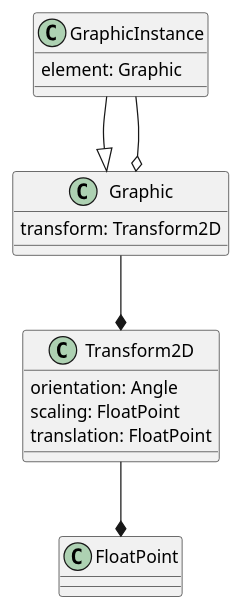
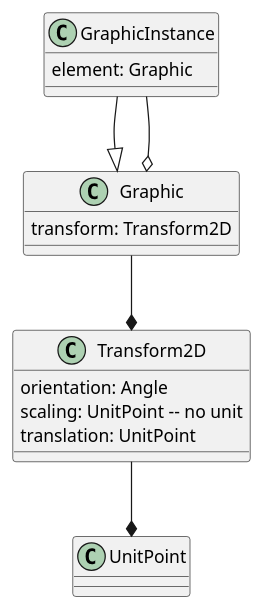
The diagram in core/sections/clause_12_graphical_hierarchy.adoc (opengeospatial/styles-and-symbology), drawn with PlantUML before and after one commit. The commit also changed other lines of this file and 5 other files, not shown here.

```diff
--- a/core/sections/clause_12_graphical_hierarchy.adoc
+++ b/core/sections/clause_12_graphical_hierarchy.adoc
@@ -8,14 +8,14 @@
 [plantuml, target=diagram-classes, format=png]
 ....
-Transform2D --* FloatPoint
+Transform2D --* UnitPoint
 Transform2D : orientation: Angle
-Transform2D : scaling: FloatPoint
-Transform2D : translation: FloatPoint
+Transform2D : scaling: UnitPoint -- no unit
+Transform2D : translation: UnitPoint
 
 Graphic : transform: Transform2D
 Graphic --* Transform2D
 
 GraphicInstance --|> Graphic
 GraphicInstance : element: Graphic
 GraphicInstance --o Graphic
 ....
```
